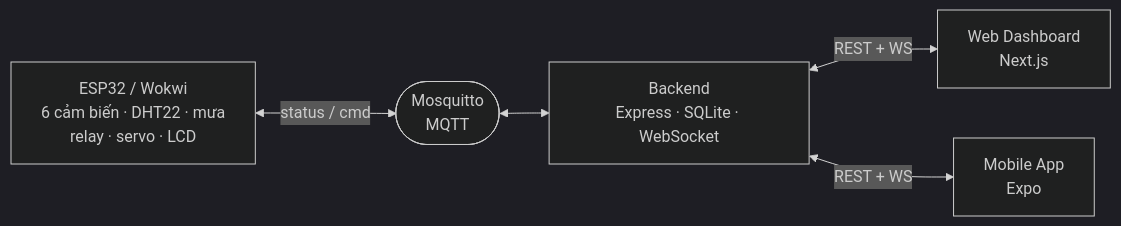
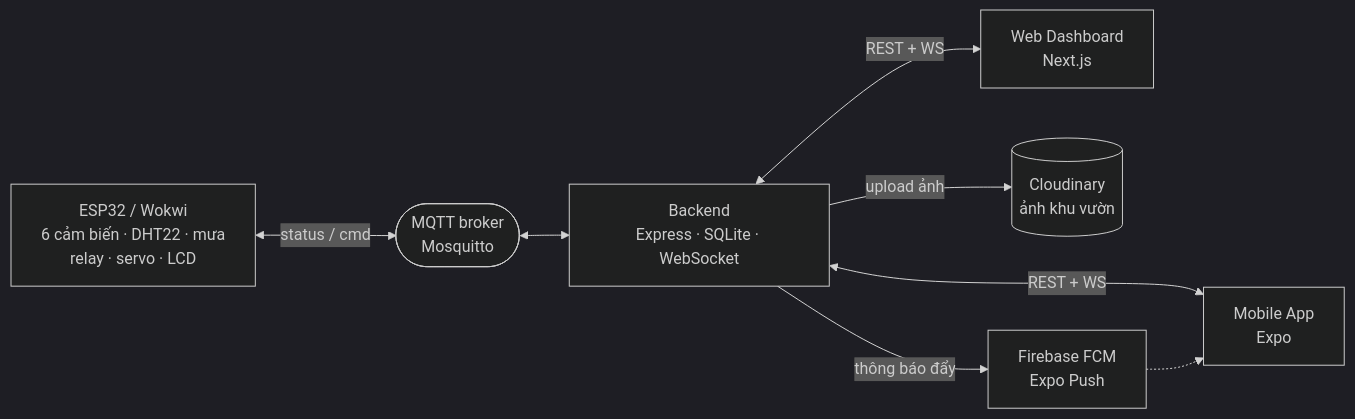
The diagram in README.md (trieuhoang1212/Smart-Irrigation-System-IoT), drawn with Mermaid (dark theme) before and after one commit. The commit also changed other lines of this file and 1 other file, not shown here.

First line of the commit message:
Docs: cập nhật README (MQTT, Cloudinary, Firebase, triển khai)

````diff
--- a/README.md
+++ b/README.md
@@ -59,13 +62,18 @@
 ```mermaid
 flowchart LR
     ESP["ESP32 / Wokwi<br/>6 cảm biến · DHT22 · mưa<br/>relay · servo · LCD"]
-    MQTT(["Mosquitto<br/>MQTT"])
+    MQTT(["MQTT broker<br/>Mosquitto"])
     API["Backend<br/>Express · SQLite · WebSocket"]
     WEB["Web Dashboard<br/>Next.js"]
     APP["Mobile App<br/>Expo"]
+    CLD[("Cloudinary<br/>ảnh khu vườn")]
+    FCM["Firebase FCM<br/>Expo Push"]
 
     ESP <-->|"status / cmd"| MQTT
     MQTT <--> API
     API <-->|"REST + WS"| WEB
     API <-->|"REST + WS"| APP
+    API -->|"upload ảnh"| CLD
+    API -->|"thông báo đẩy"| FCM
+    FCM -.-> APP
 ```
````
